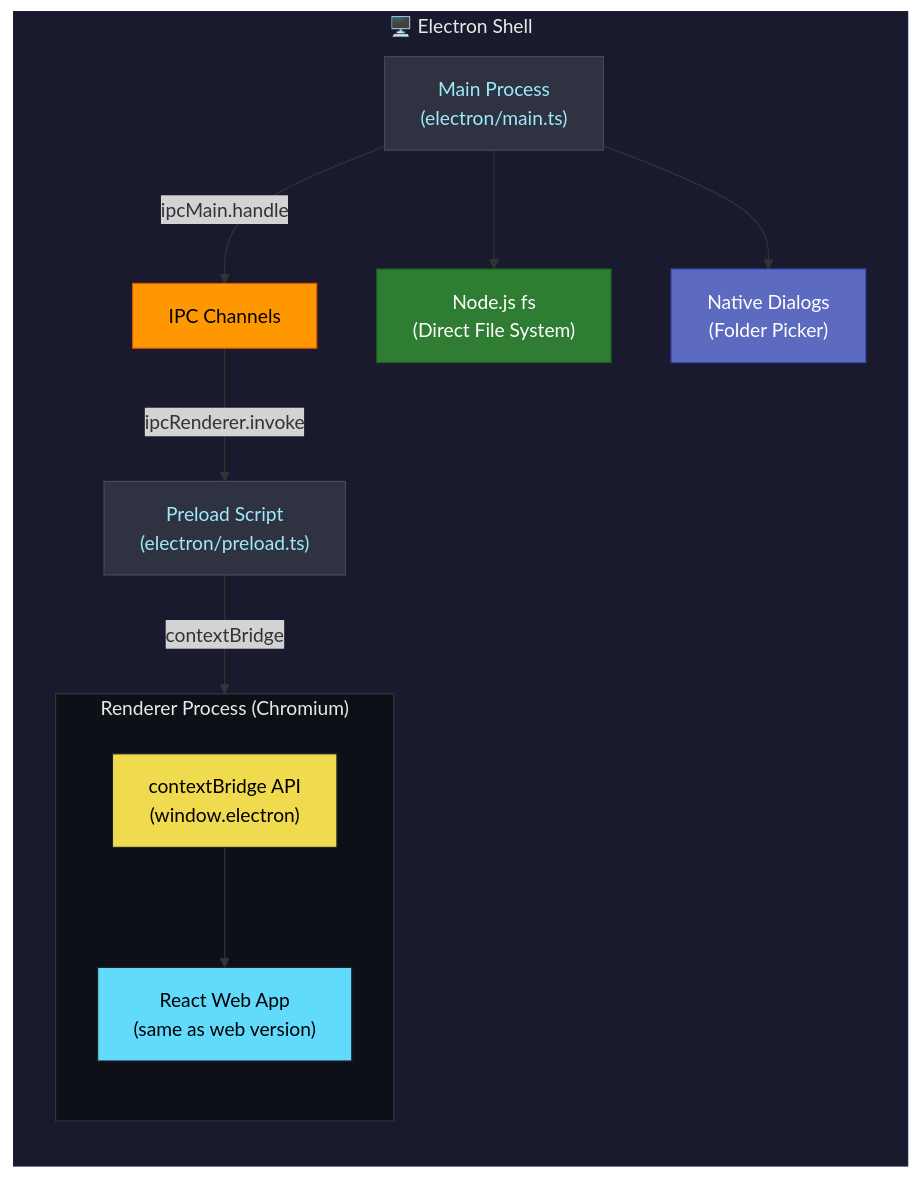
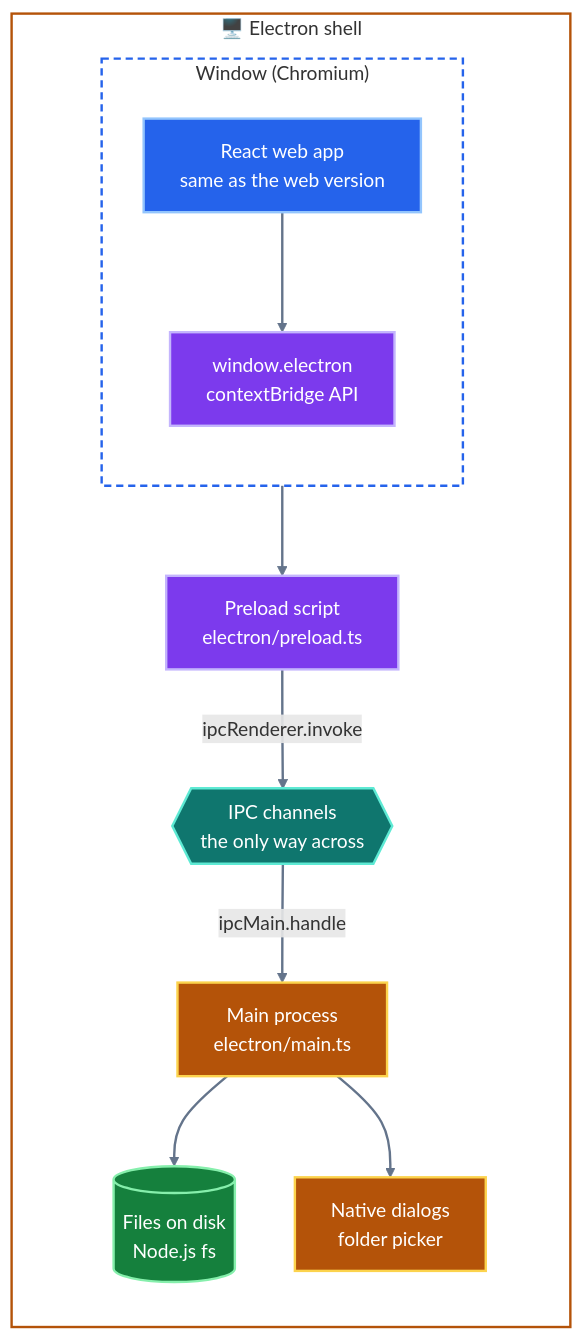
The fourth of 12 diagrams in documentation/ARCHITECTURE.md (nrajesh/vaulted.money), drawn with Mermaid before and after one commit. The commit also changed other lines of this file and 4 other files, not shown here.

First line of the commit message:
Refresh README and architecture docs, add documentation map

````diff
--- a/documentation/ARCHITECTURE.md
+++ b/documentation/ARCHITECTURE.md
@@ -68,36 +140,31 @@
 ```mermaid
-graph TB
-    subgraph Electron["🖥️ Electron Shell"]
+flowchart TB
+    subgraph Electron["🖥️ Electron shell"]
         direction TB
-        Main["Main Process<br/>(electron/main.ts)"]
-        Preload["Preload Script<br/>(electron/preload.ts)"]
-
-        subgraph Renderer["Renderer Process (Chromium)"]
+        subgraph Renderer["Window (Chromium)"]
             direction TB
-            WebApp["React Web App<br/>(same as web version)"]
-            Bridge["contextBridge API<br/>(window.electron)"]
+            WebApp["React web app<br/>same as the web version"]:::ui
+            Bridge["window.electron<br/>contextBridge API"]:::logic
         end
-
-        IPC["IPC Channels"]
-        FS["Node.js fs<br/>(Direct File System)"]
-        Dialog["Native Dialogs<br/>(Folder Picker)"]
+        Preload["Preload script<br/>electron/preload.ts"]:::logic
+        IPC{{"IPC channels<br/>the only way across"}}:::data
+        Main["Main process<br/>electron/main.ts"]:::native
+        FS[("Files on disk<br/>Node.js fs")]:::store
+        Dialog["Native dialogs<br/>folder picker"]:::native
     end
 
-    Main -->|"ipcMain.handle"| IPC
-    IPC -->|"ipcRenderer.invoke"| Preload
-    Preload -->|"contextBridge"| Bridge
-    Bridge --> WebApp
-
+    WebApp --> Bridge --> Preload
+    Preload -- "ipcRenderer.invoke" --> IPC
+    IPC -- "ipcMain.handle" --> Main
     Main --> FS
     Main --> Dialog
 
-    style Electron fill:#1a1a2e,stroke:#16213e,color:#e8e8e8
-    style Main fill:#2f3241,stroke:#47475c,color:#9feaf9
-    style Preload fill:#2f3241,stroke:#47475c,color:#9feaf9
-    style Renderer fill:#0d1117,stroke:#30363d,color:#e8e8e8
-    style WebApp fill:#61DAFB,stroke:#20232A,color:#000
-    style Bridge fill:#f0db4f,stroke:#20232A,color:#000
-    style IPC fill:#ff9800,stroke:#e65100,color:#000
-    style FS fill:#2e7d32,stroke:#1b5e20,color:#fff
-    style Dialog fill:#5c6bc0,stroke:#3949ab,color:#fff
+    style Electron fill:none,stroke:#b45309,stroke-width:2px
+    style Renderer fill:none,stroke:#2563eb,stroke-width:2px,stroke-dasharray:6 4
+    classDef ui fill:#2563eb,stroke:#93c5fd,stroke-width:2px,color:#ffffff
+    classDef logic fill:#7c3aed,stroke:#c4b5fd,stroke-width:2px,color:#ffffff
+    classDef data fill:#0f766e,stroke:#5eead4,stroke-width:2px,color:#ffffff
+    classDef store fill:#15803d,stroke:#86efac,stroke-width:2px,color:#ffffff
+    classDef native fill:#b45309,stroke:#fcd34d,stroke-width:2px,color:#ffffff
+    linkStyle default stroke:#64748b,stroke-width:2px
 ```
````
